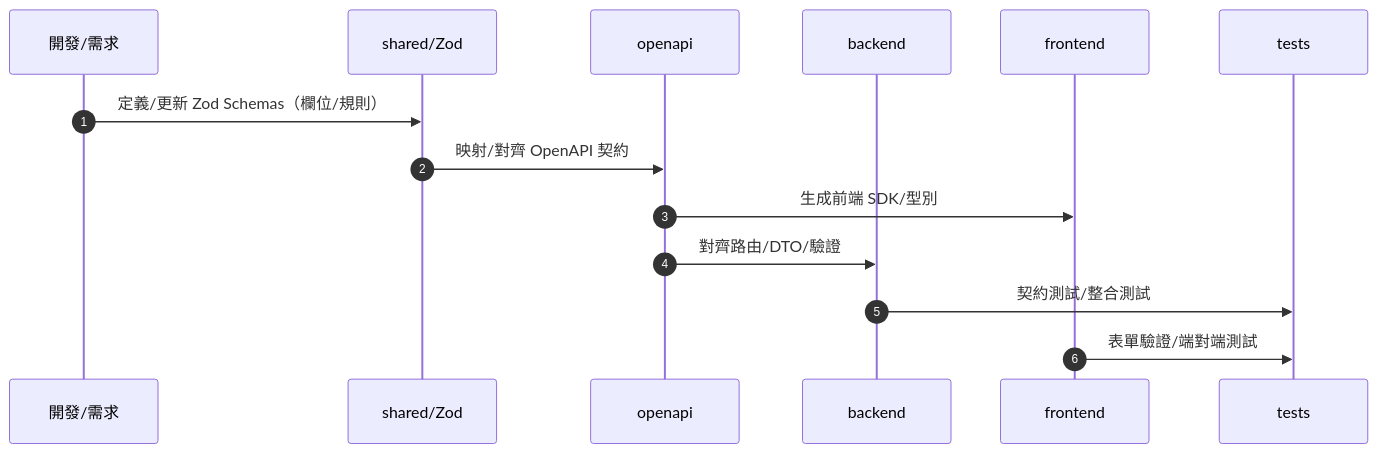
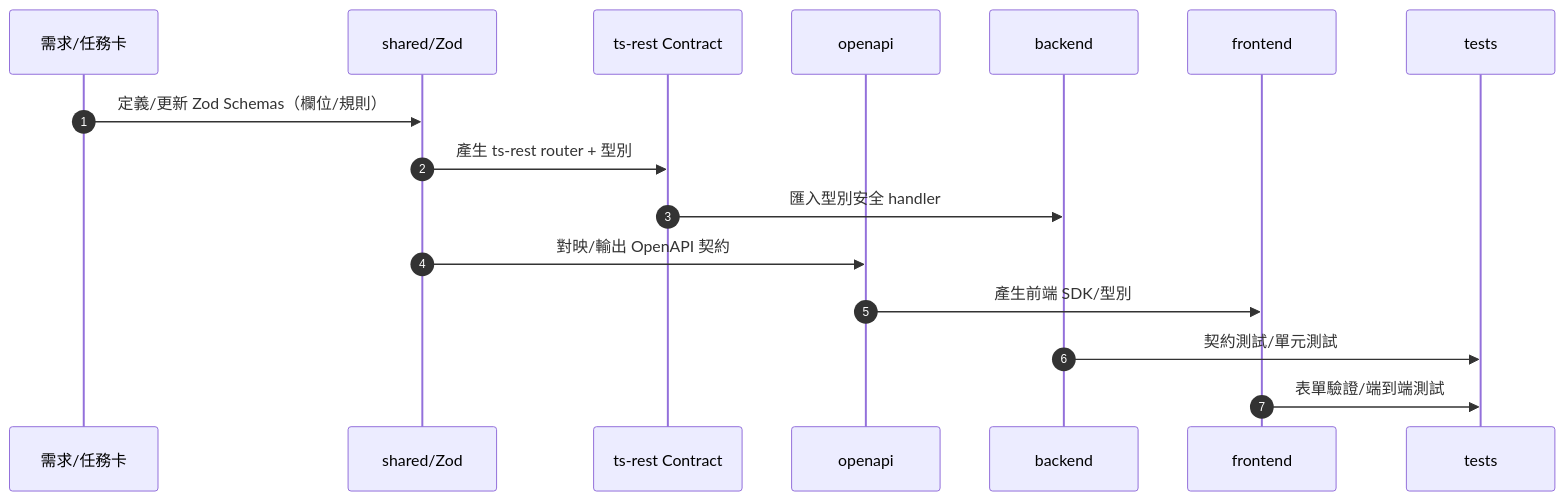
Before and after one commit to henry1266/pharmacy-pos: the diagram in backend/README.md, drawn with Mermaid. The commit also changed other lines of this file and 3 other files, not shown here.

````diff
--- a/backend/README.md
+++ b/backend/README.md
@@ -212,17 +212,19 @@
 ```mermaid
 sequenceDiagram
   autonumber
-  participant Dev as 開發/需求
+  participant Dev as 需求/任務卡
   participant SH as shared/Zod
+  participant TC as ts-rest Contract
   participant OA as openapi
   participant BE as backend
   participant FE as frontend
   participant T as tests
 
   Dev->>SH: 定義/更新 Zod Schemas（欄位/規則）
-  SH->>OA: 映射/對齊 OpenAPI 契約
-  OA->>FE: 生成前端 SDK/型別
-  OA->>BE: 對齊路由/DTO/驗證
-  BE->>T: 契約測試/整合測試
-  FE->>T: 表單驗證/端對端測試
+  SH->>TC: 產生 ts-rest router + 型別
+  TC->>BE: 匯入型別安全 handler
+  SH->>OA: 對映/輸出 OpenAPI 契約
+  OA->>FE: 產生前端 SDK/型別
+  BE->>T: 契約測試/單元測試
+  FE->>T: 表單驗證/端到端測試
 ```
````
